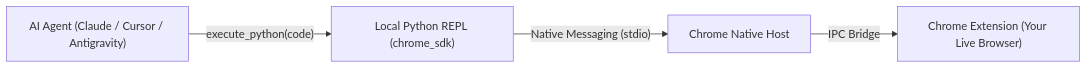
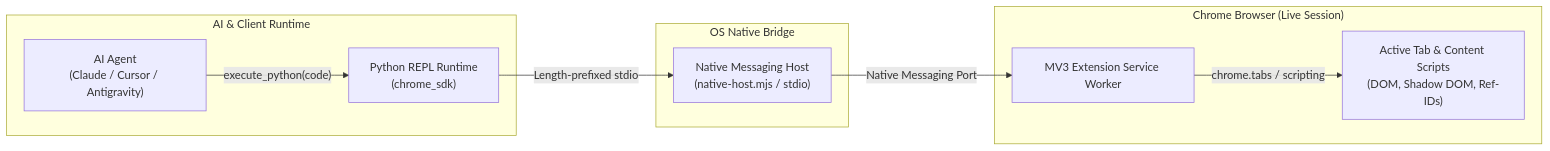
The second of 2 diagrams in README.md (sh7vansh/chrome-bridge), drawn with Mermaid before and after one commit. The commit also changed other lines of this file, not shown here.

Commit message:
docs: streamline README with minimal architecture diagrams and installation guide

````diff
--- a/README.md
+++ b/README.md
@@ -26,6 +40,20 @@
 ```mermaid
-graph LR
-    A["AI Agent (Claude / Cursor / Antigravity)"] -->|"execute_python(code)"| B["Local Python REPL (chrome_sdk)"]
-    B -->|"Native Messaging (stdio)"| C["Chrome Native Host"]
-    C -->|"IPC Bridge"| D["Chrome Extension (Your Live Browser)"]
+flowchart LR
+    subgraph ClientLayer ["AI & Client Runtime"]
+        A["AI Agent<br/>(Claude / Cursor / Antigravity)"]
+        B["Python REPL Runtime<br/>(chrome_sdk)"]
+        A -->|"execute_python(code)"| B
+    end
+
+    subgraph NativeBridge ["OS Native Bridge"]
+        C["Native Messaging Host<br/>(native-host.mjs / stdio)"]
+        B -->|"Length-prefixed stdio"| C
+    end
+
+    subgraph BrowserEngine ["Chrome Browser (Live Session)"]
+        D["MV3 Extension Service Worker"]
+        E["Active Tab & Content Scripts<br/>(DOM, Shadow DOM, Ref-IDs)"]
+        C -->|"Native Messaging Port"| D
+        D -->|"chrome.tabs / scripting"| E
+    end
 ```
````
